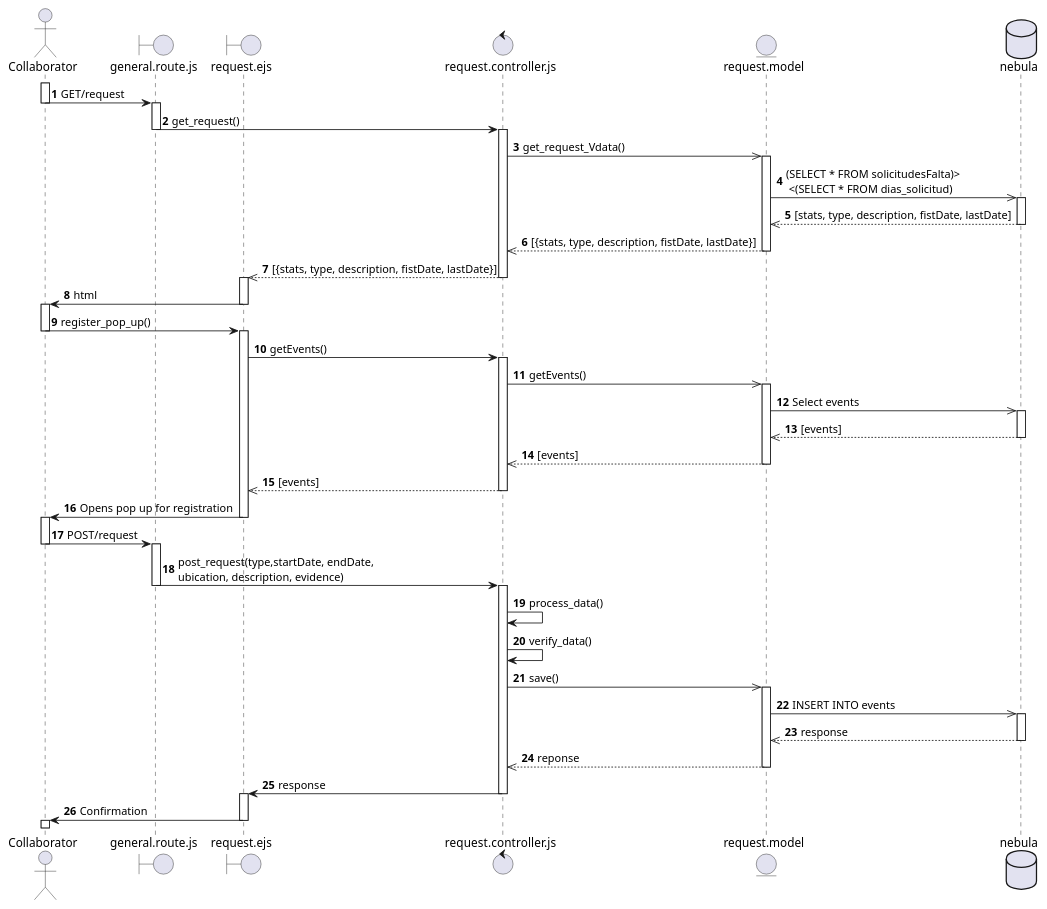
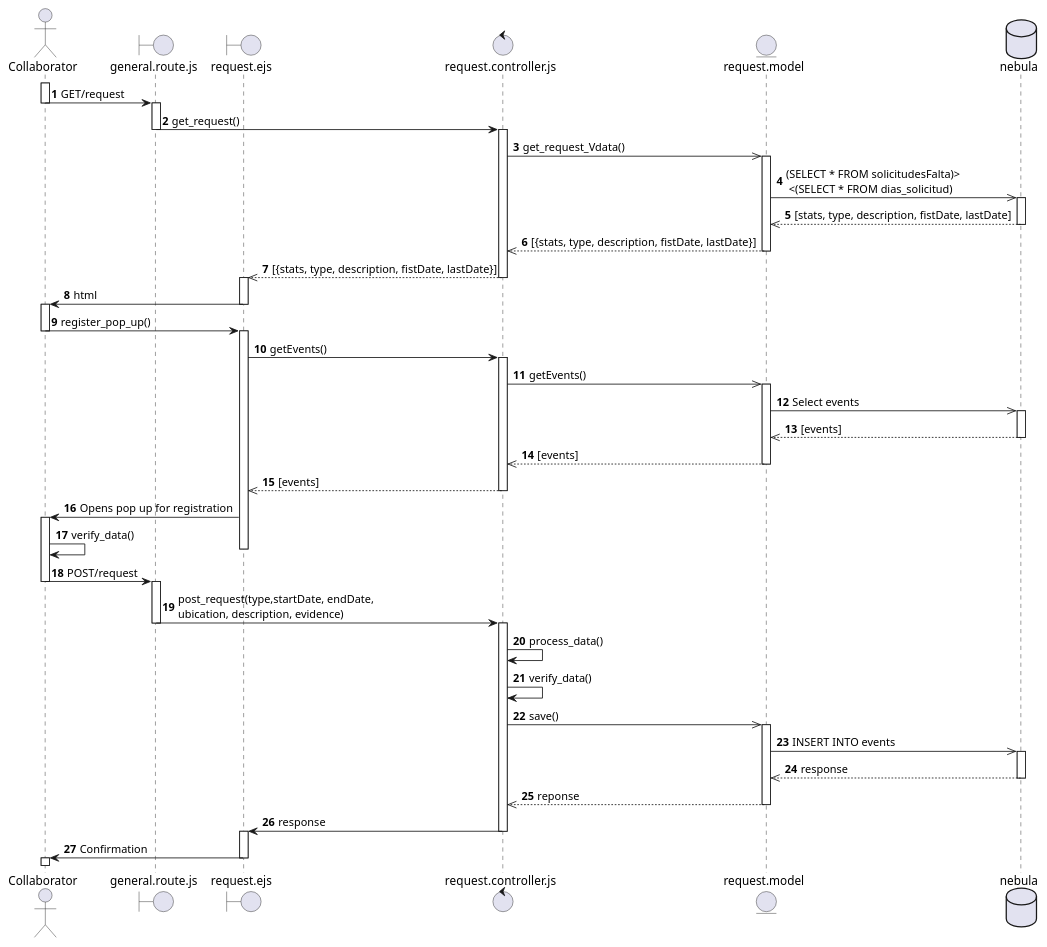
Before and after one commit to SALV19/Nebula_tc2005b: the diagram in diagramas_secuencia/req_8.puml, drawn with PlantUML.

Commit message:
[UPDATE] Sequence Diagram

```diff
--- a/diagramas_secuencia/req_8.puml
+++ b/diagramas_secuencia/req_8.puml
@@ -1,94 +1,96 @@
 @startuml Prueba
 autonumber
 actor Collaborator
 boundary general.route.js as gRoutes
 boundary request.ejs as rView
 control request.controller.js as rController
 entity request.model as rModel
 database nebula as neb
 
 activate Collaborator
 Collaborator -> gRoutes : GET/request
 deactivate Collaborator
 
 activate gRoutes
 gRoutes -> rController: get_request()
 deactivate gRoutes
 
 activate rController
 rController ->> rModel: get_request_Vdata()
 
 activate rModel
 rModel ->> neb: (SELECT * FROM solicitudesFalta)>\n <(SELECT * FROM dias_solicitud)
 
 activate neb
 neb-->> rModel: [stats, type, description, fistDate, lastDate]
 deactivate neb
 
 rModel -->> rController: [{stats, type, description, fistDate, lastDate}]
 deactivate rModel
 
 rController -->> rView: [{stats, type, description, fistDate, lastDate}]
 deactivate rController
 
 activate rView
 rView -> Collaborator: html
 deactivate rView
 
 activate Collaborator
 Collaborator -> rView : register_pop_up()
 deactivate Collaborator
 
 activate rView
 rView -> rController : getEvents()
 activate rController
 rController ->> rModel : getEvents()
 activate rModel
 rModel ->> neb : Select events
 activate neb
 neb -->> rModel : [events]
 deactivate neb
 rModel -->> rController : [events]
 deactivate rModel
 rController -->> rView : [events]
 deactivate rController
 
 rView -> Collaborator : Opens pop up for registration
+activate Collaborator
+Collaborator -> Collaborator : verify_data()
 deactivate rView
 
-activate Collaborator
+
 Collaborator -> gRoutes :POST/request
 deactivate Collaborator
 
 
 activate gRoutes
 gRoutes -> rController : post_request(type,startDate, endDate, \nubication, description, evidence)
 deactivate gRoutes
 
 ' Pre-procesa información antes de guardarla en db
 ' De rango a dias específicos que se guardan en db
 
 activate rController
 rController -> rController: process_data()
 rController -> rController : verify_data()
 rController ->> rModel: save()
 
 activate rModel
 rModel ->> neb : INSERT INTO events
 activate neb
 neb -->> rModel : response
 deactivate neb
 rModel -->> rController : reponse
 deactivate rModel
 rController -> rView : response
 deactivate rController
 activate rView 
 rView -> Collaborator : Confirmation
 deactivate rView
 activate Collaborator
 
 
 
 
 
 @enduml
```
